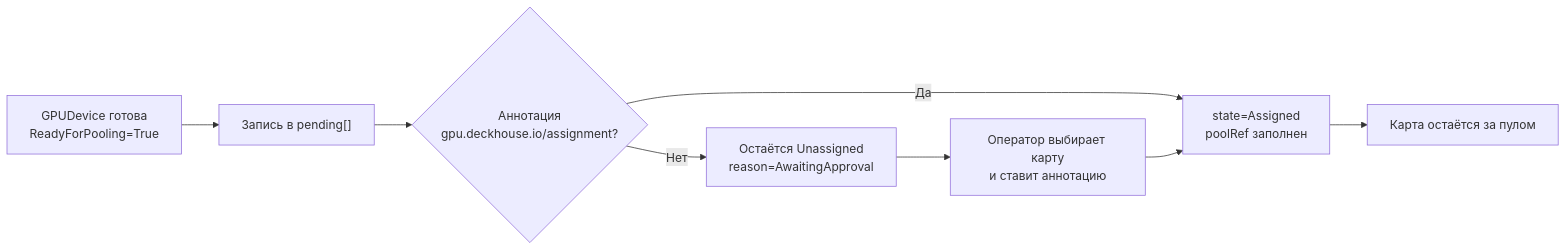
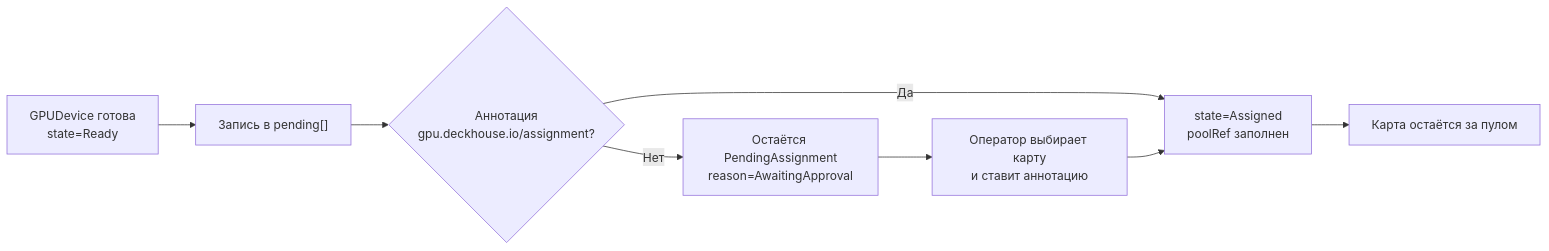
One commit to aleksandr-podmoskovniy/gpu-control-plane changed the sixth of 7 diagrams in docs/adr/ADR-gpu-control-plane.ru.md. Above: the diagram before and after it, drawn with Mermaid. The commit also changed other lines of this file and 31 other files, not shown here.

````diff
--- a/docs/adr/ADR-gpu-control-plane.ru.md
+++ b/docs/adr/ADR-gpu-control-plane.ru.md
@@ -825,10 +886,10 @@
 ```mermaid
 flowchart LR
-    Ready["GPUDevice готова<br/>ReadyForPooling=True"] --> Pending["Запись в pending[]"]
+    Ready["GPUDevice готова<br/>state=Ready"] --> Pending["Запись в pending[]"]
     Pending --> DevConfirm{"Аннотация<br/>gpu.deckhouse.io/assignment?"}
     DevConfirm -->|Да| DevAssigned["state=Assigned<br/>poolRef заполнен"]
-    DevConfirm -->|Нет| DevAwait["Остаётся Unassigned<br/>reason=AwaitingApproval"]
+    DevConfirm -->|Нет| DevAwait["Остаётся PendingAssignment<br/>reason=AwaitingApproval"]
     DevAwait --> DevSelect["Оператор выбирает карту<br/>и ставит аннотацию"]
     DevSelect --> DevAssigned
     DevAssigned --> DevHold["Карта остаётся за пулом"]
 ```
````
